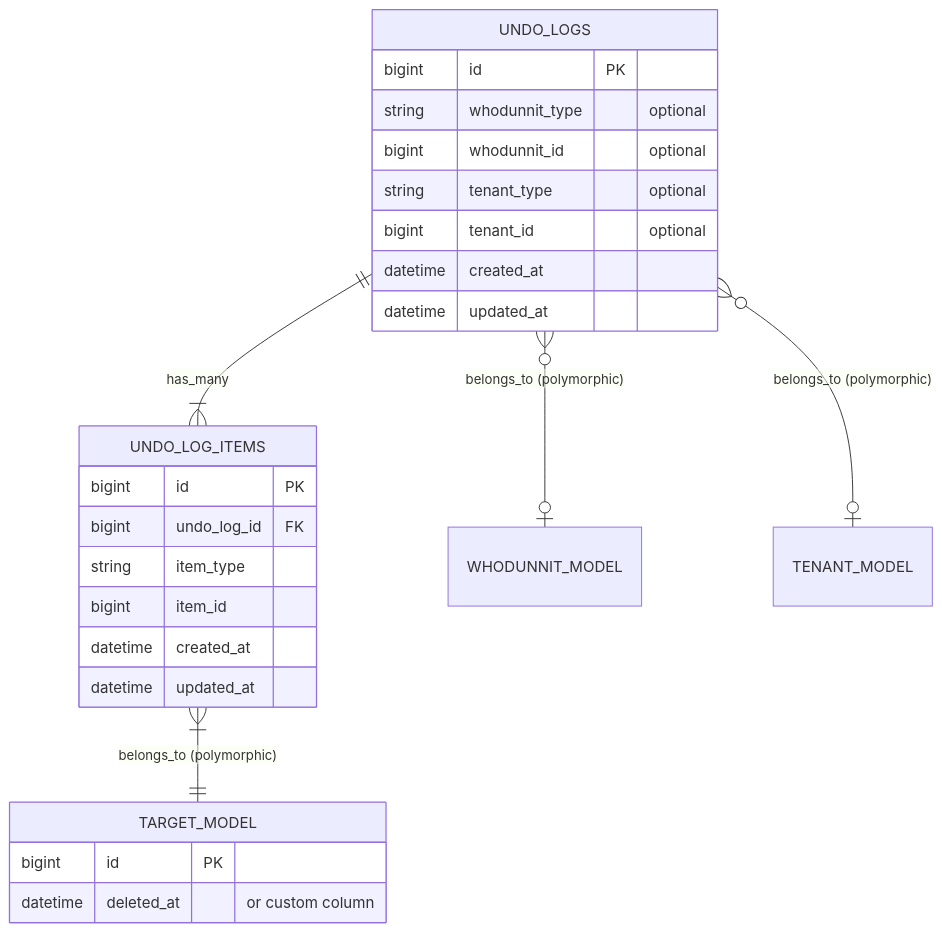
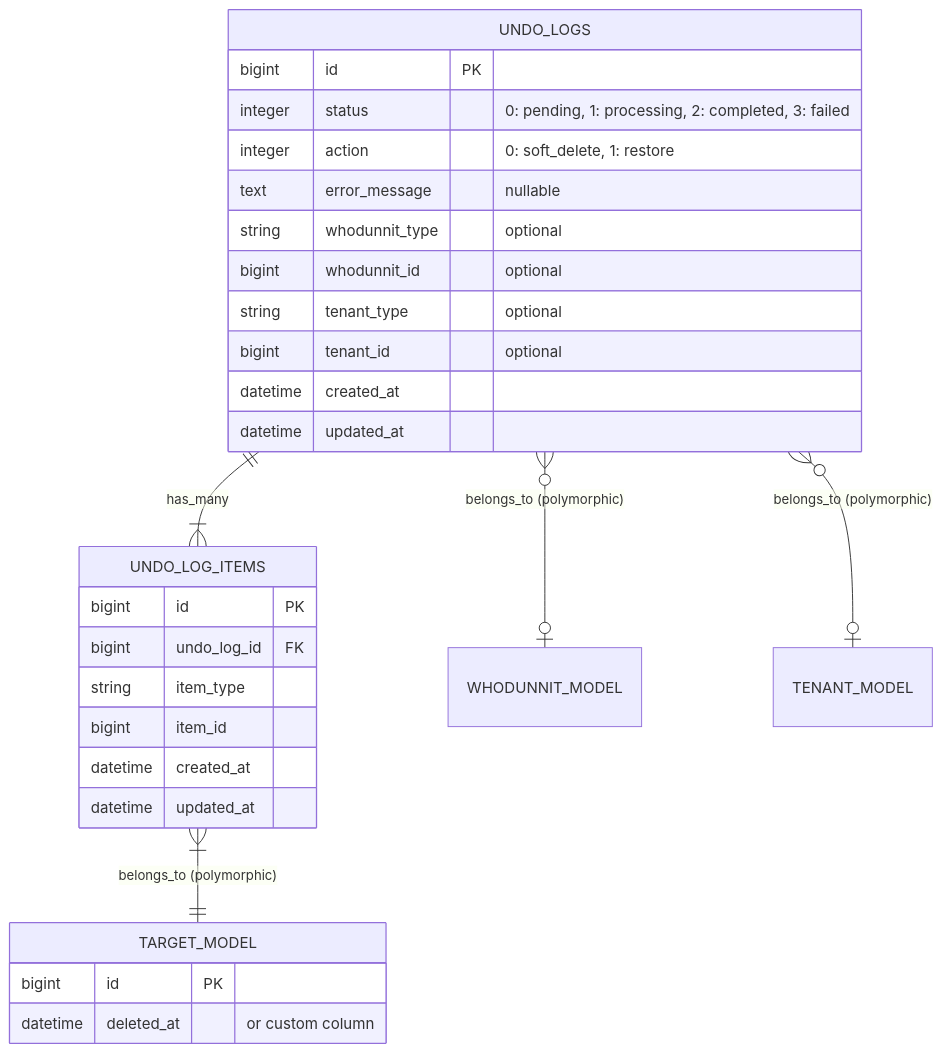
One commit to saurabh-activecode/active_record-undo changed the second of 7 diagrams in DOCUMENTATION.md. Above: the diagram before and after it, drawn with Mermaid. The commit also changed other lines of this file and 29 other files, not shown here.

First line of the commit message:
async delete/restore changes (#11)

````diff
--- a/DOCUMENTATION.md
+++ b/DOCUMENTATION.md
@@ -70,31 +73,34 @@
 ```mermaid
 erDiagram
     UNDO_LOGS ||--|{ UNDO_LOG_ITEMS : "has_many"
     UNDO_LOG_ITEMS }|--|| TARGET_MODEL : "belongs_to (polymorphic)"
     UNDO_LOGS }o--o| WHODUNNIT_MODEL : "belongs_to (polymorphic)"
     UNDO_LOGS }o--o| TENANT_MODEL : "belongs_to (polymorphic)"
 
     UNDO_LOGS {
         bigint id PK
+        integer status "0: pending, 1: processing, 2: completed, 3: failed"
+        integer action "0: soft_delete, 1: restore"
+        text error_message "nullable"
         string whodunnit_type "optional"
         bigint whodunnit_id "optional"
         string tenant_type "optional"
         bigint tenant_id "optional"
         datetime created_at
         datetime updated_at
       }
 
     UNDO_LOG_ITEMS {
         bigint id PK
         bigint undo_log_id FK
         string item_type
         bigint item_id
         datetime created_at
         datetime updated_at
       }
 
     TARGET_MODEL {
         bigint id PK
         datetime deleted_at "or custom column"
       }
 ```
````
